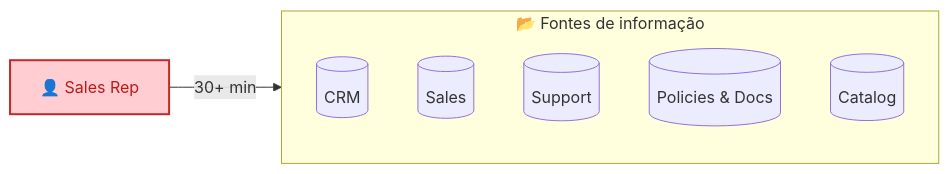
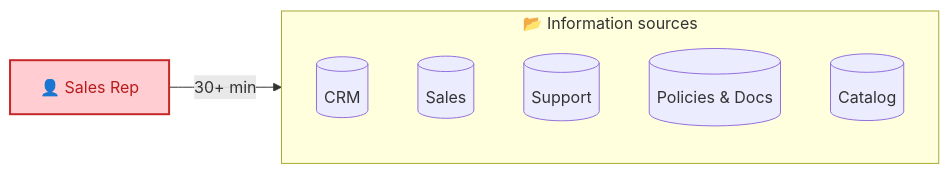
The first of 7 diagrams in docs/learn/01-concepts.md (farukzahra/ms-poc), drawn with Mermaid before and after one commit. The commit also changed other lines of this file and 16 other files, not shown here.

````diff
--- a/docs/learn/01-concepts.md
+++ b/docs/learn/01-concepts.md
@@ -9,15 +9,15 @@
 ```mermaid
 flowchart LR
-    subgraph Sources["📂 Fontes de informação"]
+    subgraph Sources["📂 Information sources"]
         CRM[(CRM)]
         Sales[(Sales)]
         Tickets[(Support)]
         Docs[(Policies & Docs)]
         Products[(Catalog)]
     end
 
     Rep[👤 Sales Rep] -->|30+ min| Sources
 
     classDef pain fill:#FFCDD2,stroke:#C62828,stroke-width:2px,color:#B71C1C
     class Rep pain
 ```
````
